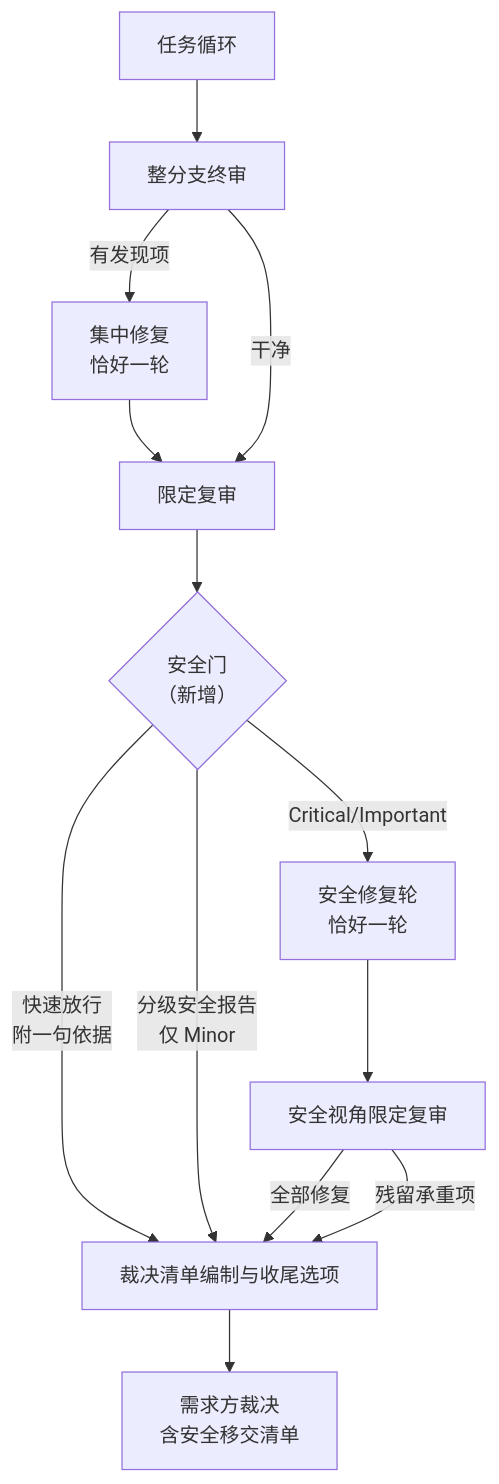
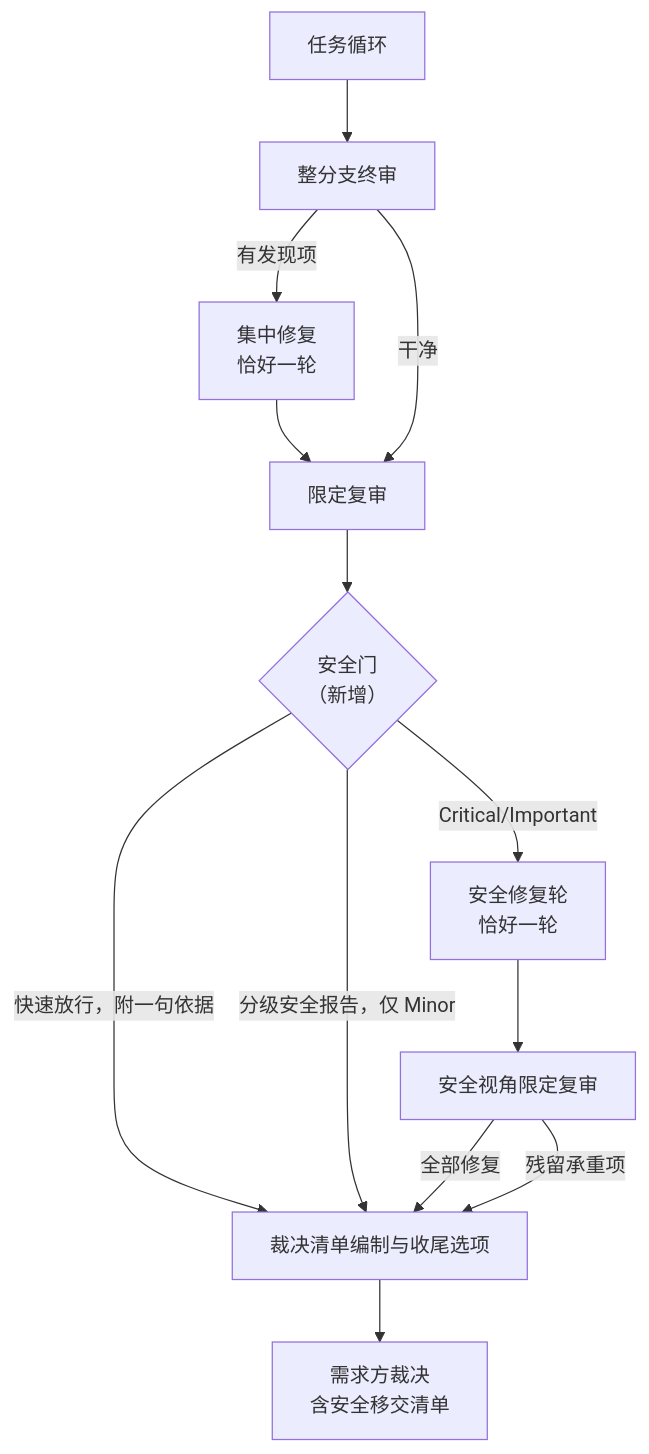
Before and after one commit to chuxiao/superpowers: the diagram in docs/superpowers/specs/2026-11-01-security-gate-design.md, drawn with Mermaid. The commit also changed 13 other files, not shown here.

First line of the commit message:
mermaid 语法红线落地与预检/终审基准对齐新计划产出

````diff
--- a/docs/superpowers/specs/2026-11-01-security-gate-design.md
+++ b/docs/superpowers/specs/2026-11-01-security-gate-design.md
@@ -32,15 +32,15 @@
 ```mermaid
 flowchart TD
-    A[任务循环] --> B[整分支终审]
-    B -->|有发现项| C[集中修复<br>恰好一轮]
-    C --> D[限定复审]
-    B -->|干净| D
-    D --> E{安全门<br>（新增）}
-    E -->|快速放行<br>附一句依据| G[裁决清单编制与收尾选项]
-    E -->|分级安全报告<br>仅 Minor| G
-    E -->|Critical/Important| F[安全修复轮<br>恰好一轮]
-    F --> H[安全视角限定复审]
-    H -->|全部修复| G
-    H -->|残留承重项| G
-    G --> I[需求方裁决<br>含安全移交清单]
+    A["任务循环"] --> B["整分支终审"]
+    B -->|"有发现项"| C["集中修复<br/>恰好一轮"]
+    C --> D["限定复审"]
+    B -->|"干净"| D
+    D --> E{"安全门<br/>（新增）"}
+    E -->|"快速放行，附一句依据"| G["裁决清单编制与收尾选项"]
+    E -->|"分级安全报告，仅 Minor"| G
+    E -->|"Critical/Important"| F["安全修复轮<br/>恰好一轮"]
+    F --> H["安全视角限定复审"]
+    H -->|"全部修复"| G
+    H -->|"残留承重项"| G
+    G --> I["需求方裁决<br/>含安全移交清单"]
 ```
````
